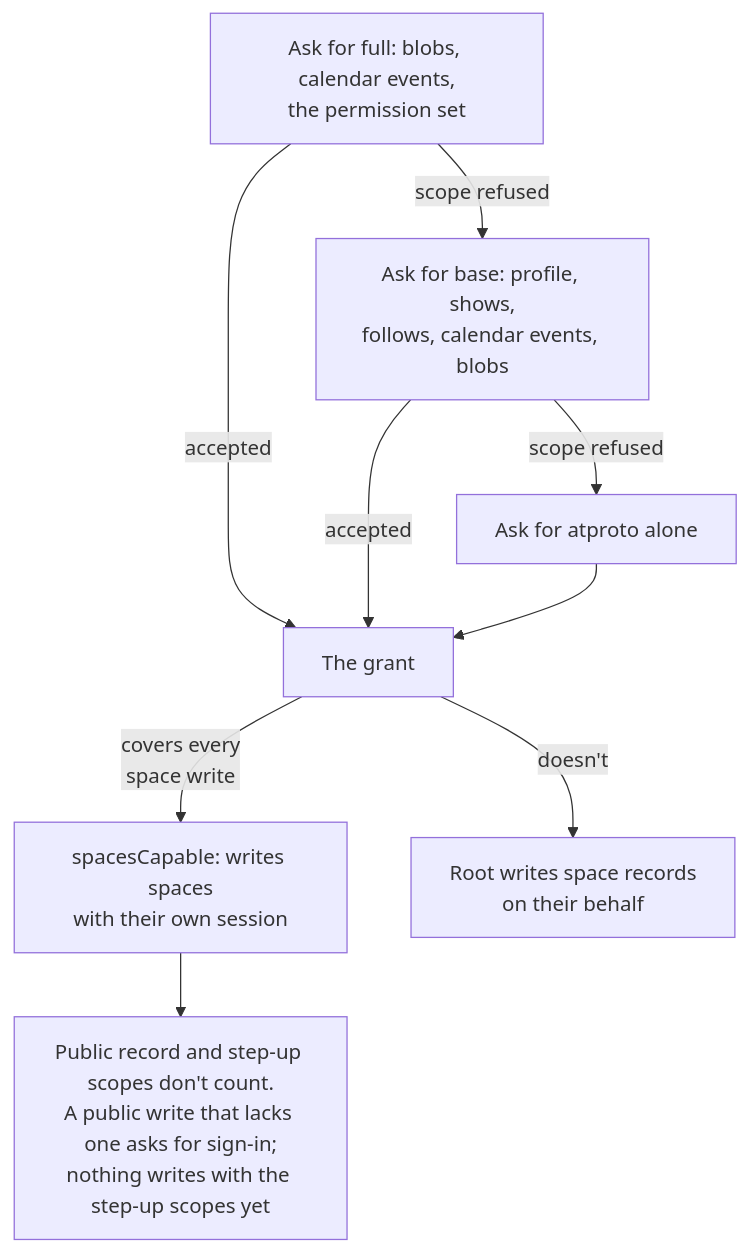
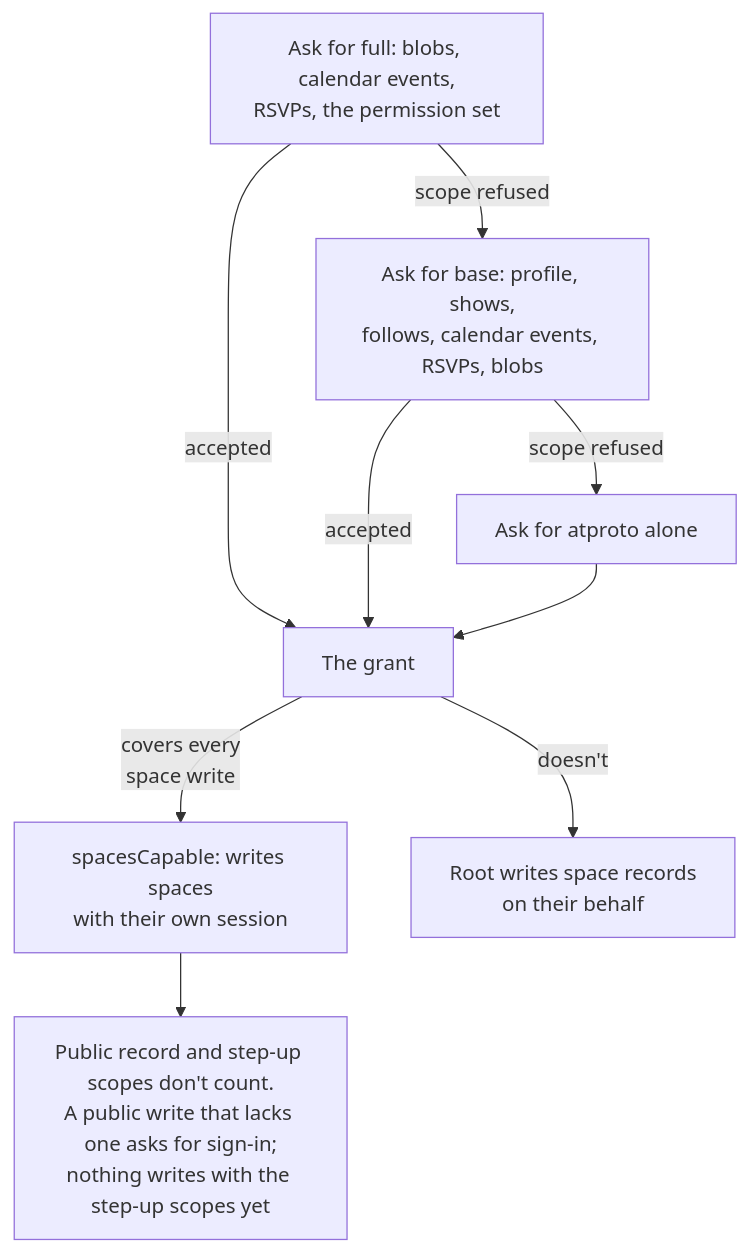
Before and after one commit to cutenode/localnetwork: the second of 10 diagrams in apps/web/docs/diagrams/accounts.md, drawn with Mermaid. The commit also changed 38 other files, not shown here.

````diff
--- a/apps/web/docs/diagrams/accounts.md
+++ b/apps/web/docs/diagrams/accounts.md
@@ -53,12 +53,12 @@
 ```mermaid
 flowchart TD
-  Full["Ask for full: blobs, calendar events,<br/>the permission set"]
-  Full -- "scope refused" --> Base["Ask for base: profile, shows,<br/>follows, calendar events, blobs"]
+  Full["Ask for full: blobs, calendar events,<br/>RSVPs, the permission set"]
+  Full -- "scope refused" --> Base["Ask for base: profile, shows,<br/>follows, calendar events, RSVPs, blobs"]
   Base -- "scope refused" --> Minimal["Ask for atproto alone"]
   Full -- "accepted" --> Grant["The grant"]
   Base -- "accepted" --> Grant
   Minimal --> Grant
   Grant -- "covers every<br/>space write" --> Capable["spacesCapable: writes spaces<br/>with their own session"]
   Grant -- "doesn't" --> Behalf["Root writes space records<br/>on their behalf"]
   Capable --> Step["Public record and step-up scopes don't count.<br/>A public write that lacks one asks for sign-in;<br/>nothing writes with the step-up scopes yet"]
 ```
````
